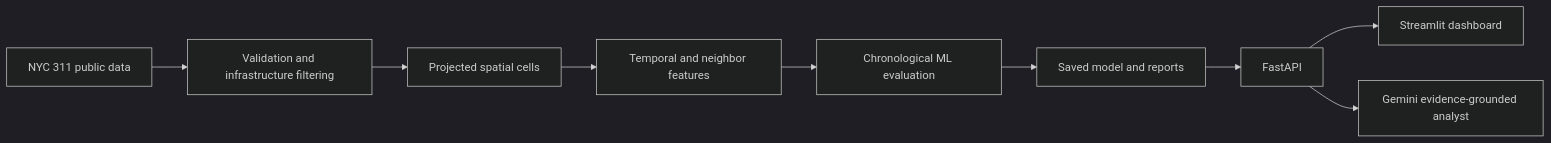
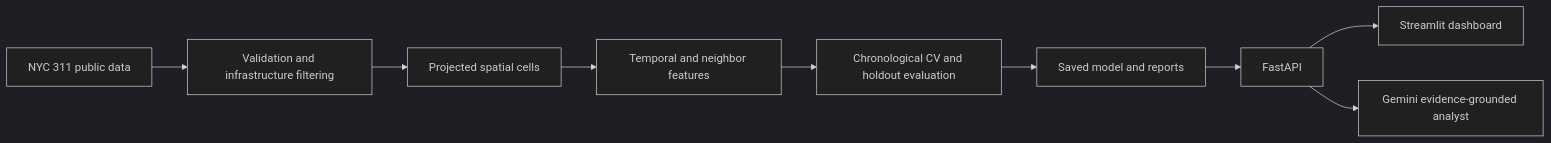
The diagram in README.md (abhasj05204/GeoPulse-AI), drawn with Mermaid (dark theme) before and after one commit. The commit also changed other lines of this file and 2 other files, not shown here.

````diff
--- a/README.md
+++ b/README.md
@@ -16,11 +16,11 @@
 ```mermaid
 flowchart LR
   A[NYC 311 public data] --> B[Validation and infrastructure filtering]
   B --> C[Projected spatial cells]
   C --> D[Temporal and neighbor features]
-  D --> E[Chronological ML evaluation]
+  D --> E[Chronological CV and holdout evaluation]
   E --> F[Saved model and reports]
   F --> G[FastAPI]
   G --> H[Streamlit dashboard]
   G --> I[Gemini evidence-grounded analyst]
 ```
````
